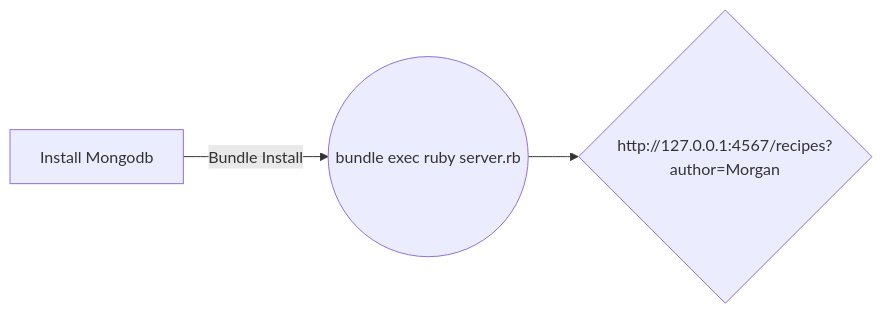
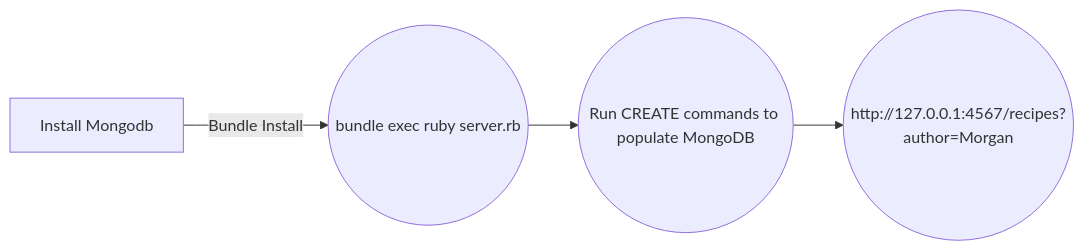
One commit to morganism/recipe_api changed the diagram in README.md. Above: the diagram before and after it, drawn with Mermaid.

Commit message:
DEV-000 update Install summary graphic

````diff
--- a/README.md
+++ b/README.md
@@ -4,7 +4,7 @@
 ```mermaid
 graph LR
 A[Install Mongodb] -- Bundle Install --> B((bundle exec ruby server.rb))
-
-B --> D{http://127.0.0.1:4567/recipes?author=Morgan}
+B --> C((Run CREATE commands to populate MongoDB))
+C --> D((http://127.0.0.1:4567/recipes?author=Morgan))
 
 ```
````
